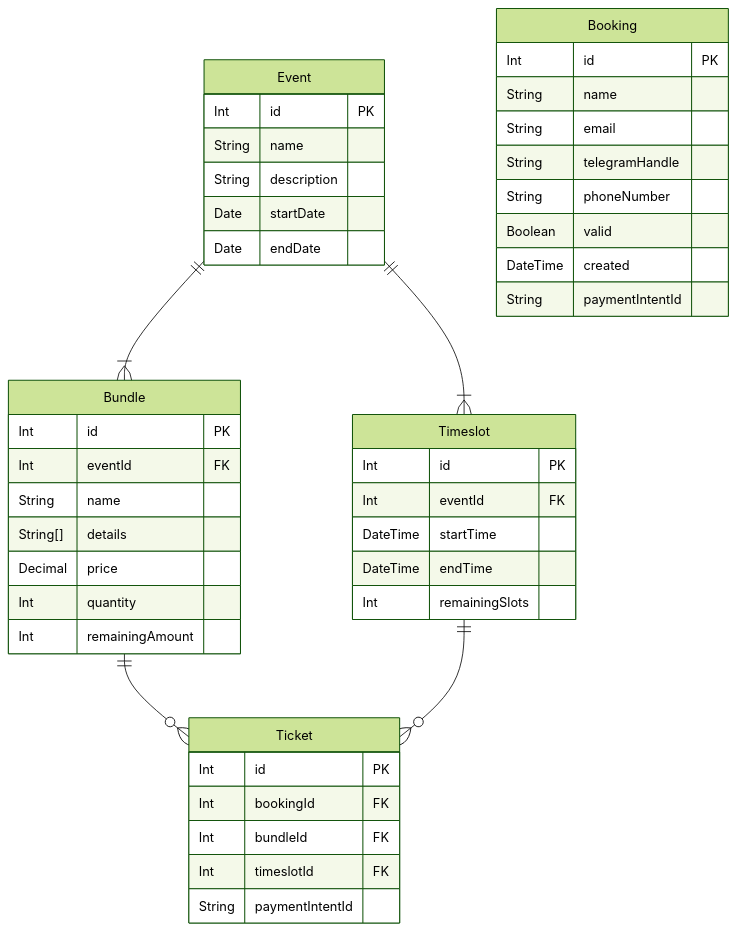
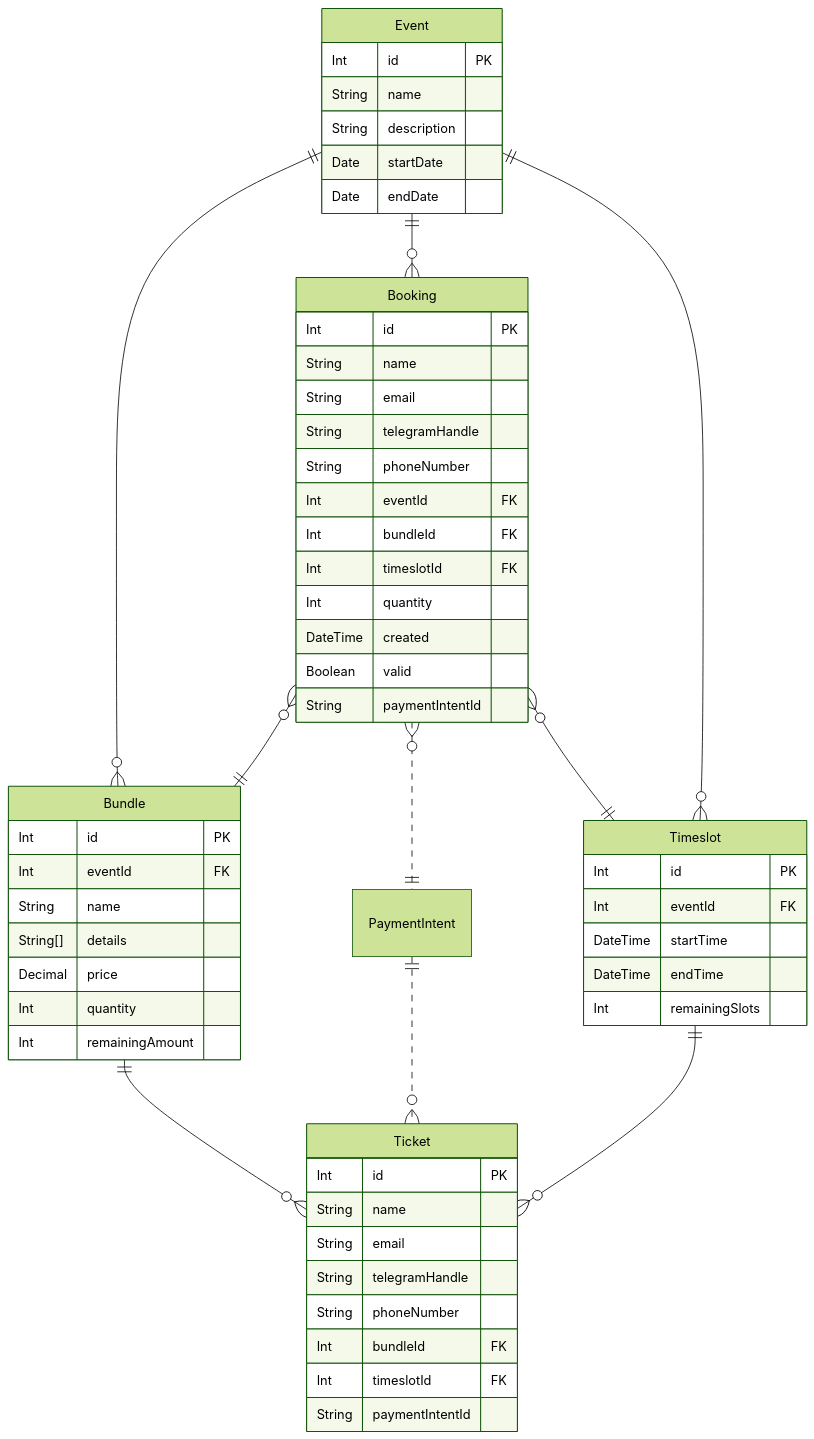
The diagram in docs/er-diagrams.md (GTD-IT-XXIV/gtd-xxvi-website), drawn with Mermaid (forest theme) before and after one commit. The commit also changed other lines of this file and 14 other files, not shown here.

First line of the commit message:
feat: change bookings & payments logic & schema

````diff
--- a/docs/er-diagrams.md
+++ b/docs/er-diagrams.md
@@ -5,48 +5,61 @@
 ```mermaid
 erDiagram
   Event {
     Int id PK
     String name
     String description
     Date startDate
     Date endDate
   }
   Bundle {
     Int id PK
     Int eventId FK
     String name
     String[] details
     Decimal price
     Int quantity
     Int remainingAmount
   }
   Timeslot {
     Int id PK
     Int eventId FK
     DateTime startTime
     DateTime endTime
     Int remainingSlots
   }
   Ticket {
     Int id PK
-    Int bookingId FK
+    String name
+    String email
+    String telegramHandle
+    String phoneNumber
     Int bundleId FK
     Int timeslotId FK
     String paymentIntentId
   }
   Booking {
     Int id PK
     String name
     String email
     String telegramHandle
     String phoneNumber
+    Int eventId FK
+    Int bundleId FK
+    Int timeslotId FK
+    Int quantity
+    DateTime created
     Boolean valid
-    DateTime created
     String paymentIntentId
   }
+  PaymentIntent {}
 
-  Event ||--|{ Bundle : ""
-  Event ||--|{ Timeslot : ""
+  Event ||--o{ Bundle: ""
+  Event ||--o{ Booking : ""
+  Booking }o--|| Bundle : ""
+  Booking }o..|| PaymentIntent : ""
+  Booking }o--|| Timeslot : ""
+  Event ||--o{ Timeslot: ""
   Bundle ||--o{ Ticket : ""
+  PaymentIntent ||..o{ Ticket : ""
   Timeslot ||--o{ Ticket : ""
 ```
````
